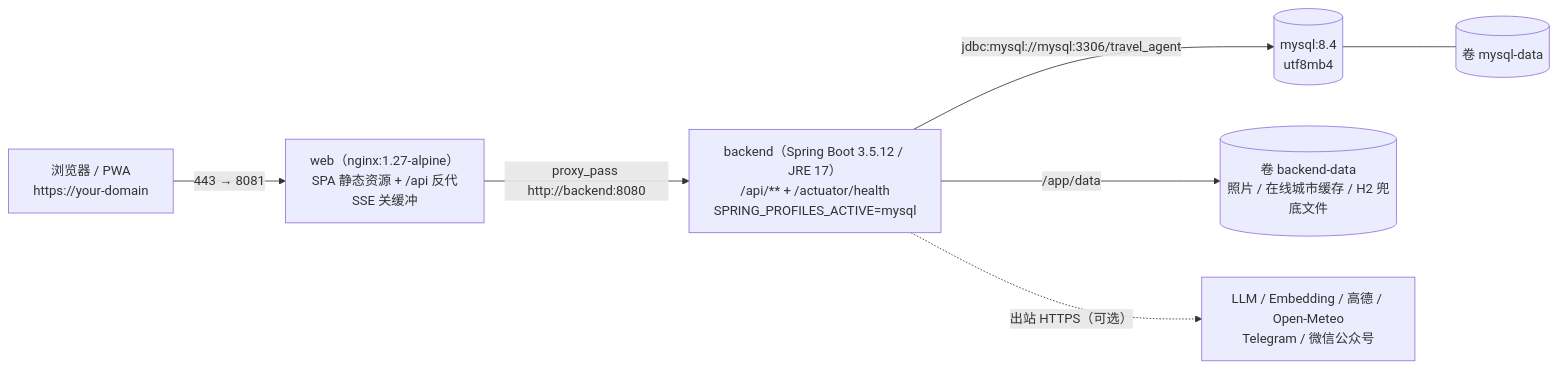
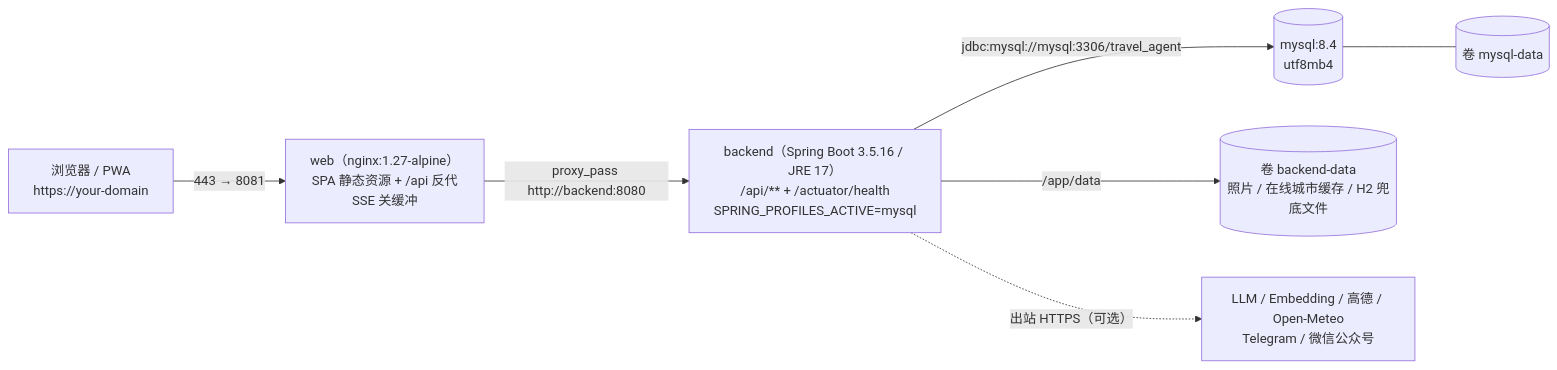
One commit to Lukas-Ga06/- changed the first of 2 diagrams in docs/guide/deployment.md. Above: the diagram before and after it, drawn with Mermaid. The commit also changed other lines of this file and 29 other files, not shown here.

First line of the commit message:
fix(security): 升级 Boot 3.5.16 + Jackson 2.21.7，临时豁免两条未发布的 Spring CVE

````diff
--- a/docs/guide/deployment.md
+++ b/docs/guide/deployment.md
@@ -33,9 +33,9 @@
 ```mermaid
 graph LR
     U["浏览器 / PWA<br/>https://your-domain"] -->|"443 → 8081"| N["web（nginx:1.27-alpine）<br/>SPA 静态资源 + /api 反代<br/>SSE 关缓冲"]
-    N -->|"proxy_pass http://backend:8080"| B["backend（Spring Boot 3.5.12 / JRE 17）<br/>/api/** + /actuator/health<br/>SPRING_PROFILES_ACTIVE=mysql"]
+    N -->|"proxy_pass http://backend:8080"| B["backend（Spring Boot 3.5.16 / JRE 17）<br/>/api/** + /actuator/health<br/>SPRING_PROFILES_ACTIVE=mysql"]
     B -->|"jdbc:mysql://mysql:3306/travel_agent"| M[("mysql:8.4<br/>utf8mb4")]
     B -->|"/app/data"| V[("卷 backend-data<br/>照片 / 在线城市缓存 / H2 兜底文件")]
     M --- MV[("卷 mysql-data")]
     B -.->|"出站 HTTPS（可选）"| X["LLM / Embedding / 高德 / Open-Meteo<br/>Telegram / 微信公众号"]
 ```
````
